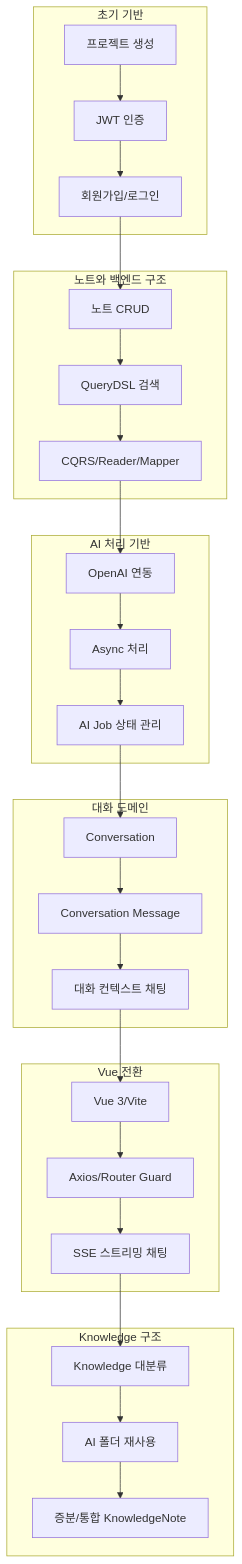
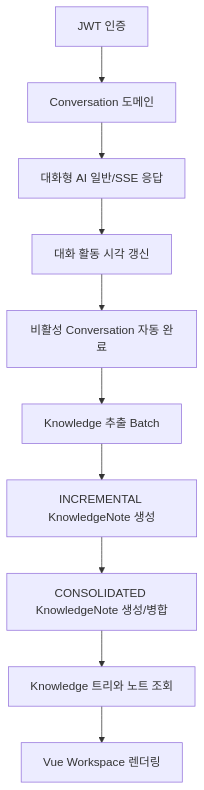
One commit to keunoh/feldbuch changed the first of 5 diagrams in docs/FELDBUCH_DEVELOPMENT_DOCUMENTATION.md. Above: the diagram before and after it, drawn with Mermaid. The commit also changed other lines of this file and 5 other files, not shown here.

````diff
--- a/docs/FELDBUCH_DEVELOPMENT_DOCUMENTATION.md
+++ b/docs/FELDBUCH_DEVELOPMENT_DOCUMENTATION.md
@@ -49,32 +48,12 @@
 ```mermaid
 flowchart TD
-    subgraph Phase1["초기 기반"]
-        A[프로젝트 생성] --> B[JWT 인증] --> C[회원가입/로그인]
-    end
-
-    subgraph Phase2["노트와 백엔드 구조"]
-        D[노트 CRUD] --> E[QueryDSL 검색] --> F[CQRS/Reader/Mapper]
-    end
-
-    subgraph Phase3["AI 처리 기반"]
-        G[OpenAI 연동] --> H[Async 처리] --> I[AI Job 상태 관리]
-    end
-
-    subgraph Phase4["대화 도메인"]
-        J[Conversation] --> K[Conversation Message] --> L[대화 컨텍스트 채팅]
-    end
-
-    subgraph Phase5["Vue 전환"]
-        M[Vue 3/Vite] --> N[Axios/Router Guard] --> O[SSE 스트리밍 채팅]
-    end
-
-    subgraph Phase6["Knowledge 구조"]
-        P[Knowledge 대분류] --> Q[AI 폴더 재사용] --> R[증분/통합 KnowledgeNote]
-    end
-
-    C --> D
-    F --> G
-    I --> J
-    L --> M
-    O --> P
+    A[JWT 인증] --> B[Conversation 도메인]
+    B --> C[대화형 AI 일반/SSE 응답]
+    C --> D[대화 활동 시각 갱신]
+    D --> E[비활성 Conversation 자동 완료]
+    E --> F[Knowledge 추출 Batch]
+    F --> G[INCREMENTAL KnowledgeNote 생성]
+    G --> H[CONSOLIDATED KnowledgeNote 생성/병합]
+    H --> I[Knowledge 트리와 노트 조회]
+    I --> J[Vue Workspace 렌더링]
 ```
````
